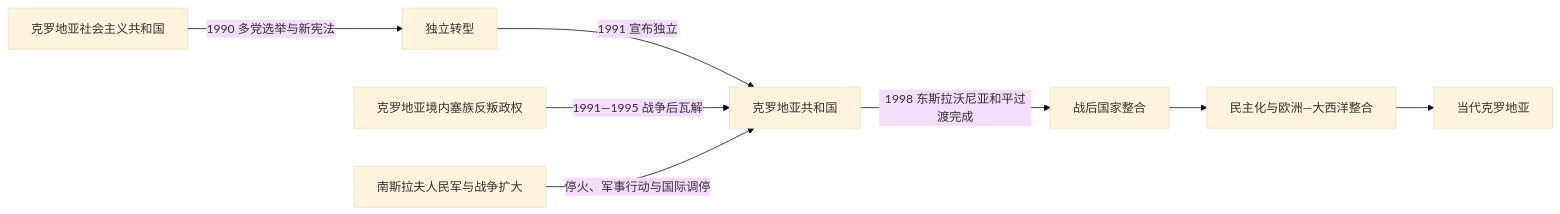
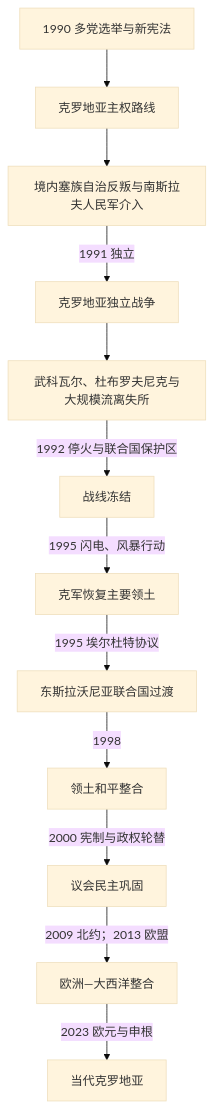
The diagram in 人文科学/历史/欧洲/东南欧与巴尔干/克罗地亚/独立战争与当代克罗地亚.md (tianlan-dev/learning-notes), drawn with Mermaid (base theme) before and after one commit. The commit also changed other lines of this file and 1417 other files, not shown here.

````diff
--- a/人文科学/历史/欧洲/东南欧与巴尔干/克罗地亚/独立战争与当代克罗地亚.md
+++ b/人文科学/历史/欧洲/东南欧与巴尔干/克罗地亚/独立战争与当代克罗地亚.md
@@ -15,10 +17,14 @@
 ```mermaid
-flowchart LR
-    SR["克罗地亚社会主义共和国"] -->|"1990 多党选举与新宪法"| Transition["独立转型"]
-    Transition -->|"1991 宣布独立"| Republic["克罗地亚共和国"]
-    Rebel["克罗地亚境内塞族反叛政权"] -->|"1991—1995 战争后瓦解"| Republic
-    War["南斯拉夫人民军与战争扩大"] -->|"停火、军事行动与国际调停"| Republic
-    Republic -->|"1998 东斯拉沃尼亚和平过渡完成"| Consolidation["战后国家整合"]
-    Consolidation --> EuroAtlantic["民主化与欧洲—大西洋整合"]
-    EuroAtlantic --> Contemporary["当代克罗地亚"]
+flowchart TD
+    A["1990 多党选举与新宪法"] --> B["克罗地亚主权路线"]
+    B --> C["境内塞族自治反叛与南斯拉夫人民军介入"]
+    C -->|1991 独立| D["克罗地亚独立战争"]
+    D --> E["武科瓦尔、杜布罗夫尼克与大规模流离失所"]
+    E -->|1992 停火与联合国保护区| F["战线冻结"]
+    F -->|1995 闪电、风暴行动| G["克军恢复主要领土"]
+    G -->|1995 埃尔杜特协议| H["东斯拉沃尼亚联合国过渡"]
+    H -->|1998| I["领土和平整合"]
+    I -->|2000 宪制与政权轮替| J["议会民主巩固"]
+    J -->|2009 北约；2013 欧盟| K["欧洲—大西洋整合"]
+    K -->|2023 欧元与申根| L["当代克罗地亚"]
 ```
````
